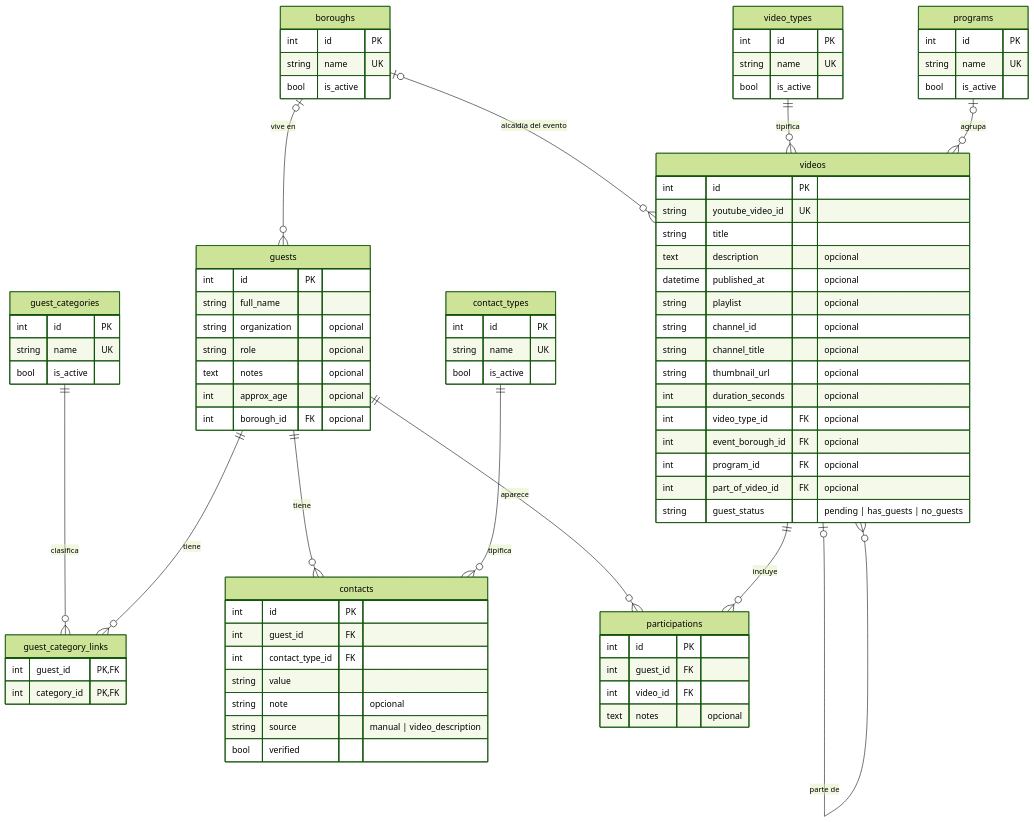
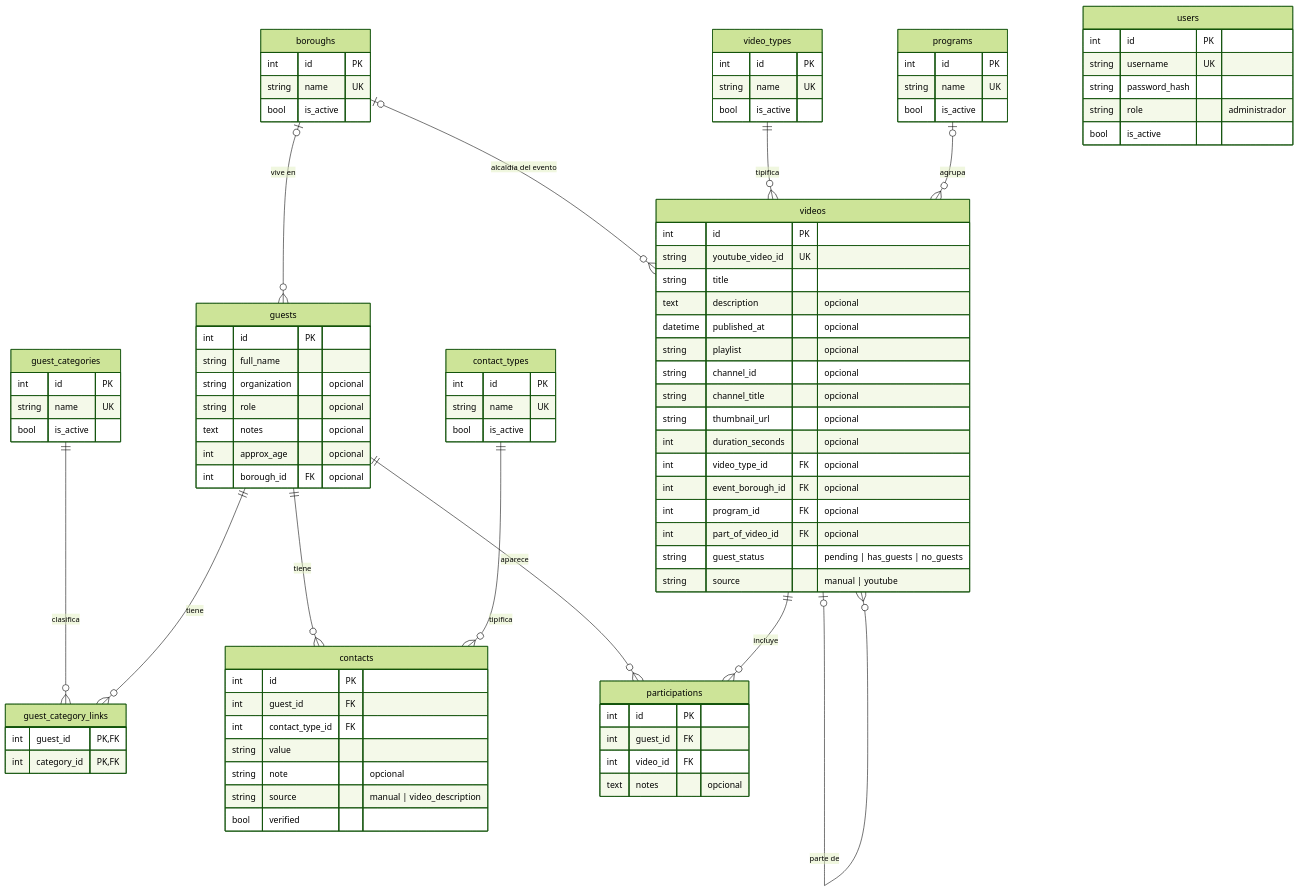
Before and after one commit to angel-refugio/xlive-medios-guests: the diagram in docs/DATA_MODEL.md, drawn with Mermaid (forest theme). The commit also changed other lines of this file and 5 other files, not shown here.

````diff
--- a/docs/DATA_MODEL.md
+++ b/docs/DATA_MODEL.md
@@ -83,6 +83,7 @@
         int program_id FK "opcional"
         int part_of_video_id FK "opcional"
         string guest_status "pending | has_guests | no_guests"
+        string source "manual | youtube"
     }
     participations {
         int id PK
@@ -90,4 +91,11 @@
         int video_id FK
         text notes "opcional"
     }
+    users {
+        int id PK
+        string username UK
+        string password_hash
+        string role "administrador"
+        bool is_active
+    }
 ```
````
